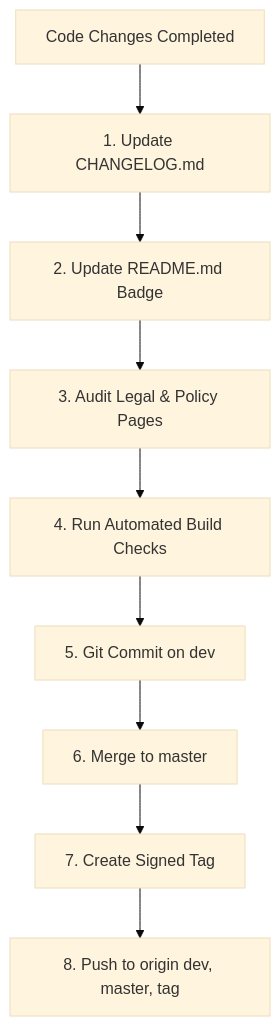
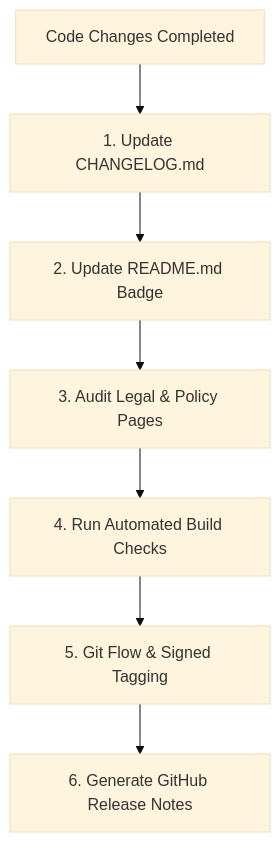
One commit to subhankar-das-phantom/Billing-Software changed the diagram in .agents/rules/release-protocol.md. Above: the diagram before and after it, drawn with Mermaid (base theme). The commit also changed other lines of this file and 2 other files, not shown here.

Commit message:
chore(agents): enforce mandatory post-versioning github release notes generation

````diff
--- a/.agents/rules/release-protocol.md
+++ b/.agents/rules/release-protocol.md
@@ -20,11 +20,9 @@
 ```mermaid
 graph TD
     A[Code Changes Completed] --> B[1. Update CHANGELOG.md]
     B --> C[2. Update README.md Badge]
     C --> D[3. Audit Legal & Policy Pages]
     D --> E[4. Run Automated Build Checks]
-    E --> F[5. Git Commit on dev]
-    F --> G[6. Merge to master]
-    G --> H[7. Create Signed Tag]
-    H --> I[8. Push to origin dev, master, tag]
+    E --> F[5. Git Flow & Signed Tagging]
+    F --> G[6. Generate GitHub Release Notes]
 ```
````
